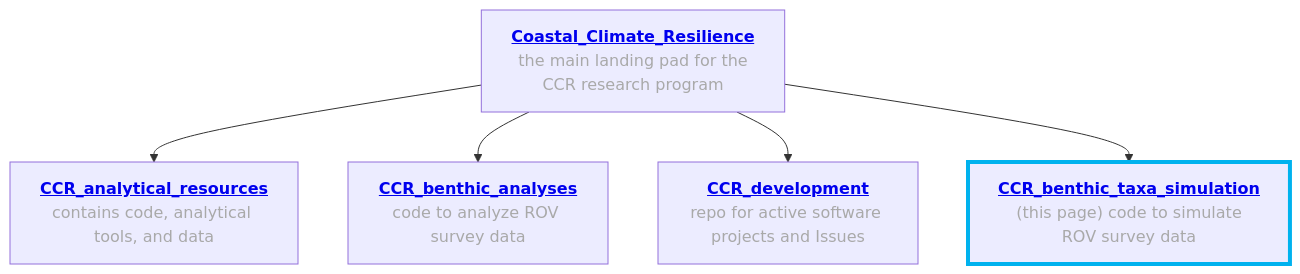
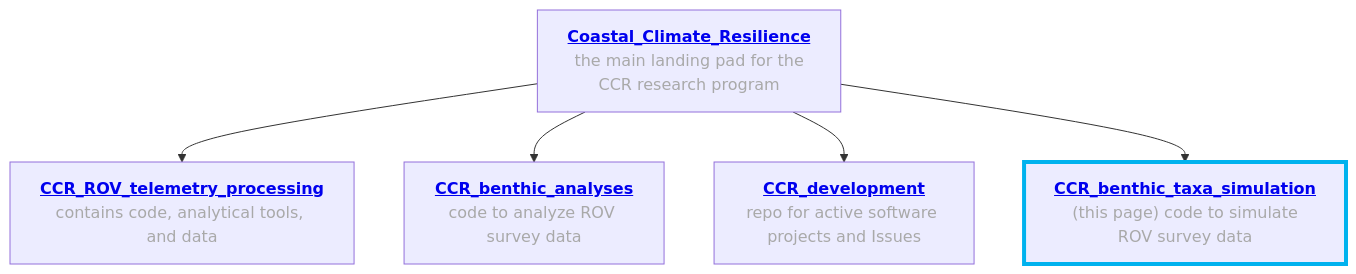
The diagram in README.md (Seattle-Aquarium/CCR_benthic_taxa_simulation), drawn with Mermaid before and after one commit.

Commit message:
Fix mermaid fig

````diff
--- a/README.md
+++ b/README.md
@@ -7,16 +7,16 @@
 ```mermaid
 
 graph TD
 
 A["<a href='https://github.com/Seattle-Aquarium/Coastal_Climate_Resilience' target='_blank' style='font-size: 16px; font-weight: bold;'>Coastal_Climate_Resilience</a><br><font color='darkgray' style='text-decoration: none;'> the main landing pad for the CCR research program</font>"]
 
-A --> B["<a href='https://github.com/Seattle-Aquarium/CCR_analytical_resources' target='_blank' style='font-size: 16px; font-weight: bold;'>CCR_analytical_resources</a><br><font color='darkgray' style='text-decoration: none;'>contains code, analytical tools, and data</font>"]
+A --> B["<a href='https://github.com/Seattle-Aquarium/CCR_analytical_resources' target='_blank' style='font-size: 16px; font-weight: bold;'>CCR_ROV_telemetry_processing</a><br><font color='darkgray' style='text-decoration: none;'>contains code, analytical tools, and data</font>"]
 
 A --> C["<a href='https://github.com/Seattle-Aquarium/CCR_benthic_analyses' target='_blank' style='font-size: 16px; font-weight: bold;'>CCR_benthic_analyses</a><br><font color='darkgray' style='text-decoration: none;'>code to analyze ROV survey data</font>"]
 
 A --> D["<a href='https://github.com/Seattle-Aquarium/CCR_development' target='_blank' style='font-size: 16px; font-weight: bold;'>CCR_development</a><br><font color='darkgray' style='text-decoration: none;'>repo for active software projects and Issues</font>"]
 
 A --> E["<a href='https://github.com/Seattle-Aquarium/CCR_benthic_taxa_simulation' target='_blank' style='font-size: 16px; font-weight: bold;'>CCR_benthic_taxa_simulation</a><br><font color='darkgray' style='text-decoration: none;'> (this page) code to simulate ROV survey data</font>"]
 
 style E stroke:#00B2EE,stroke-width:4px
 ```
````
